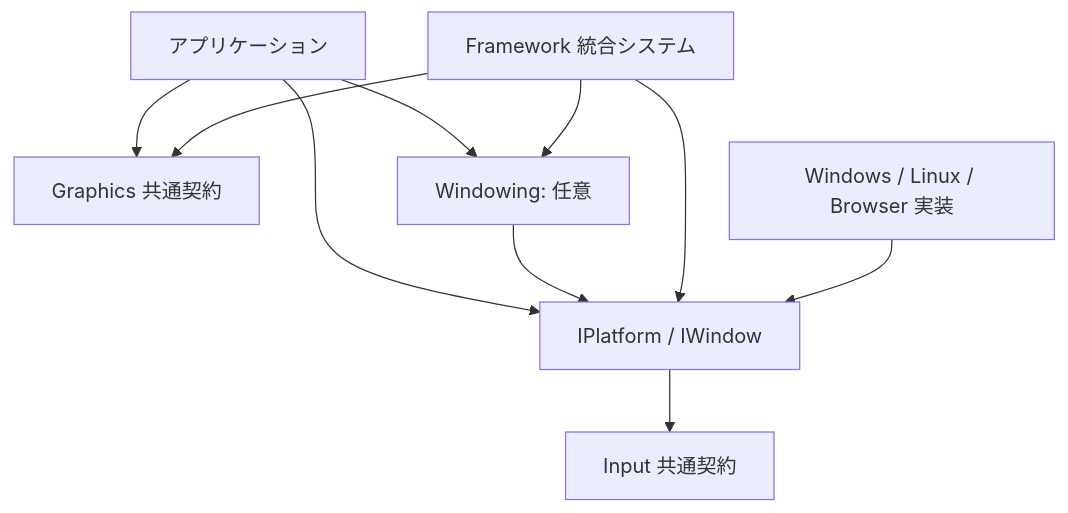
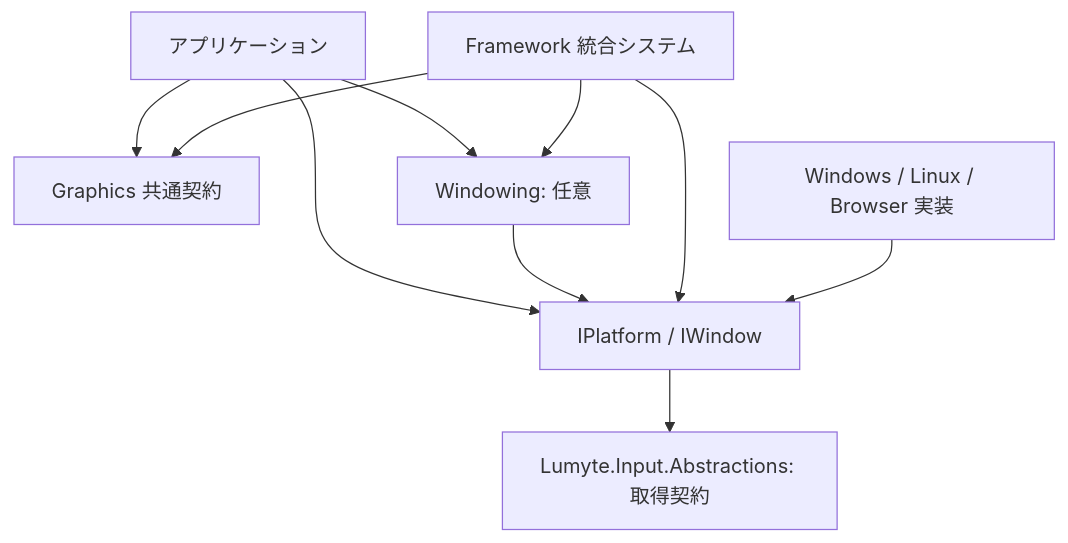
One commit to ikihiki/Lumyte changed the diagram in docs/adr/platform/PLATFORM-0001-platform-and-window-contracts.md. Above: the diagram before and after it, drawn with Mermaid. The commit also changed other lines of this file and 3 other files, not shown here.

Commit message:
docs: separate input acquisition abstractions from runtime platform dependencies

````diff
--- a/docs/adr/platform/PLATFORM-0001-platform-and-window-contracts.md
+++ b/docs/adr/platform/PLATFORM-0001-platform-and-window-contracts.md
@@ -20,12 +20,12 @@
 ```mermaid
 flowchart TD
     App[アプリケーション] --> Platform[IPlatform / IWindow]
     App --> Graphics[Graphics 共通契約]
     App --> Optional[Windowing: 任意]
     Optional --> Platform
     Framework[Framework 統合システム] --> Platform
     Framework --> Graphics
     Framework --> Optional
     Native[Windows / Linux / Browser 実装] --> Platform
-    Platform --> Input[Input 共通契約]
+    Platform --> Input[Lumyte.Input.Abstractions: 取得契約]
 ```
````
